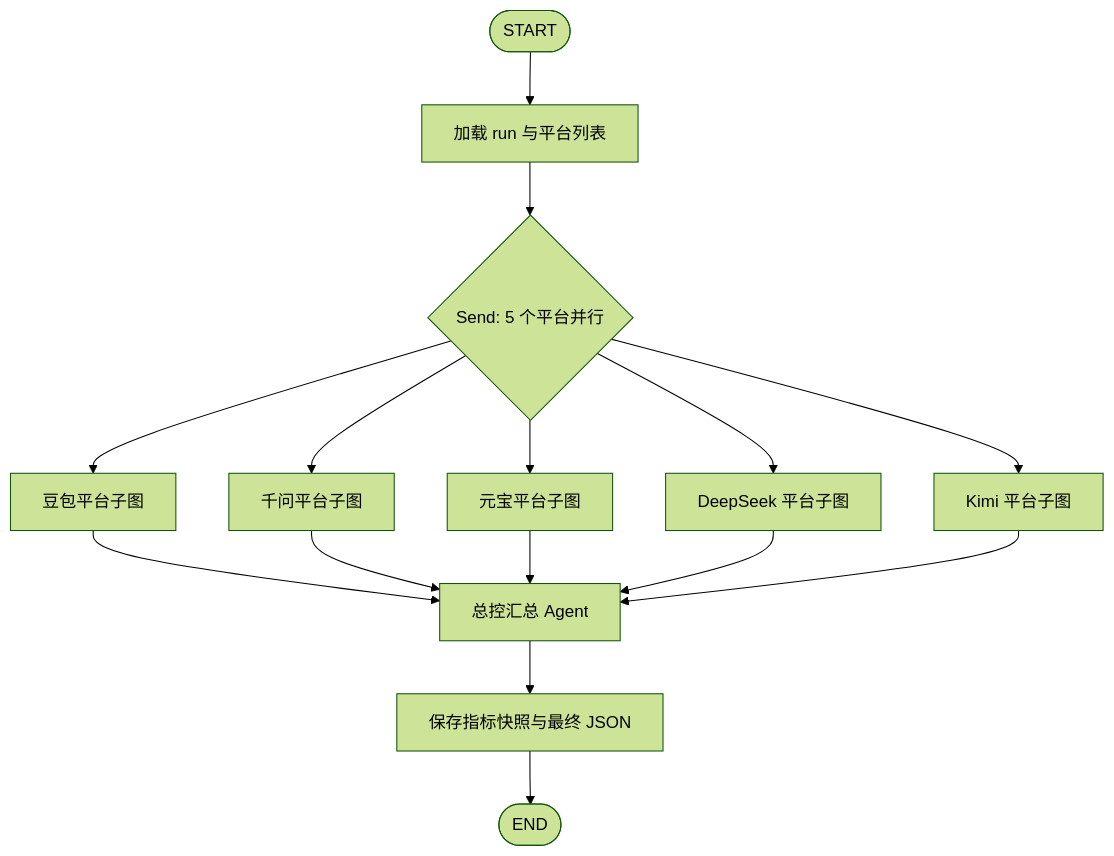
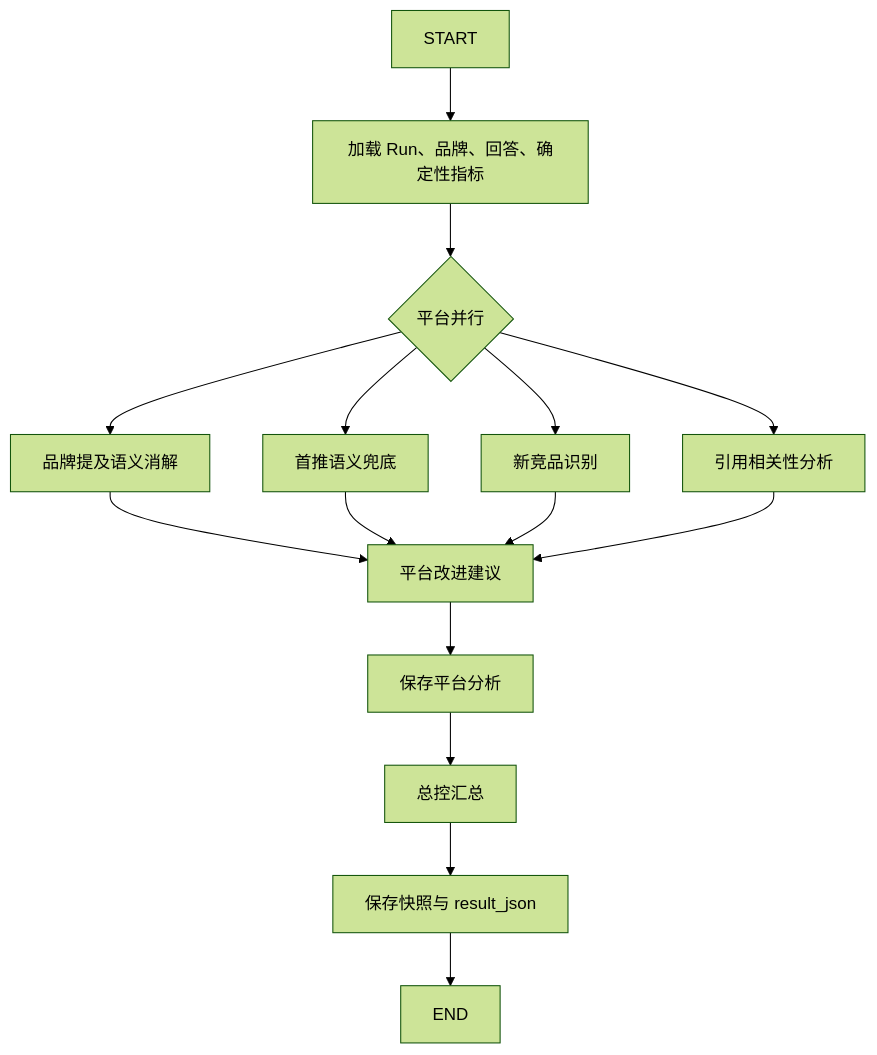
One commit to ZengZhiYuan/GEO-Platform changed the second of 2 diagrams in AI应用监测_技术开发文档.md. Above: the diagram before and after it, drawn with Mermaid (forest theme). The commit also changed other lines of this file and 3 other files, not shown here.

````diff
--- a/AI应用监测_技术开发文档.md
+++ b/AI应用监测_技术开发文档.md
@@ -299,20 +786,17 @@
 ```mermaid
 flowchart TB
-    START([START]) --> LOAD[加载 run 与平台列表]
-    LOAD --> MAP{Send: 5 个平台并行}
-
-    MAP --> P1[豆包平台子图]
-    MAP --> P2[千问平台子图]
-    MAP --> P3[元宝平台子图]
-    MAP --> P4[DeepSeek 平台子图]
-    MAP --> P5[Kimi 平台子图]
-
-    P1 --> AGG[总控汇总 Agent]
-    P2 --> AGG
-    P3 --> AGG
-    P4 --> AGG
-    P5 --> AGG
-
-    AGG --> SNAP[保存指标快照与最终 JSON]
-    SNAP --> END([END])
+    START --> LOAD[加载 Run、品牌、回答、确定性指标]
+    LOAD --> MAP{平台并行}
+    MAP --> M[品牌提及语义消解]
+    MAP --> F[首推语义兜底]
+    MAP --> C[新竞品识别]
+    MAP --> S[引用相关性分析]
+    M --> I[平台改进建议]
+    F --> I
+    C --> I
+    S --> I
+    I --> P[保存平台分析]
+    P --> G[总控汇总]
+    G --> SNAP[保存快照与 result_json]
+    SNAP --> END
 ```
````
